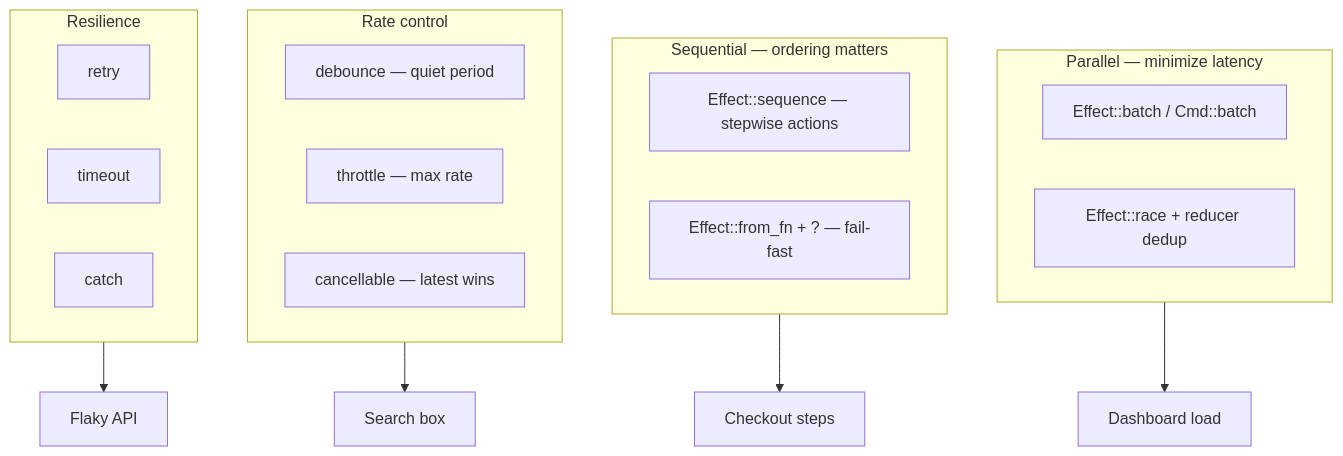
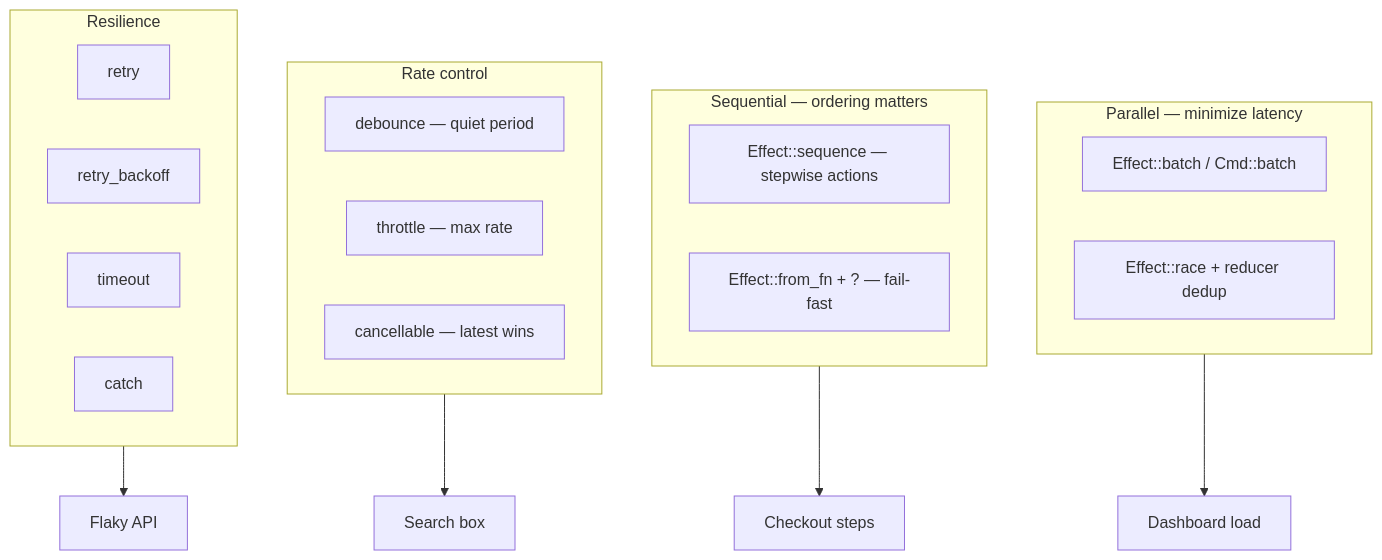
One commit to akashsoni01/rust-key-paths changed the second of 2 diagrams in rust-elm/book/effects.md. Above: the diagram before and after it, drawn with Mermaid. The commit also changed other lines of this file and 7 other files, not shown here.

````diff
--- a/rust-elm/book/effects.md
+++ b/rust-elm/book/effects.md
@@ -607,29 +640,30 @@
 ```mermaid
 flowchart TB
     subgraph Parallel["Parallel — minimize latency"]
         B["Effect::batch / Cmd::batch"]
         R["Effect::race + reducer dedup"]
     end
 
     subgraph Sequential["Sequential — ordering matters"]
         S["Effect::sequence — stepwise actions"]
         F["Effect::from_fn + ? — fail-fast"]
     end
 
     subgraph Rate["Rate control"]
         D["debounce — quiet period"]
         T["throttle — max rate"]
         C["cancellable — latest wins"]
     end
 
     subgraph Resilience["Resilience"]
         RT["retry"]
+        RB["retry_backoff"]
         TO["timeout"]
         CA["catch"]
     end
 
     Parallel --> UI1["Dashboard load"]
     Sequential --> UI2["Checkout steps"]
     Rate --> UI3["Search box"]
     Resilience --> UI4["Flaky API"]
 ```
````
